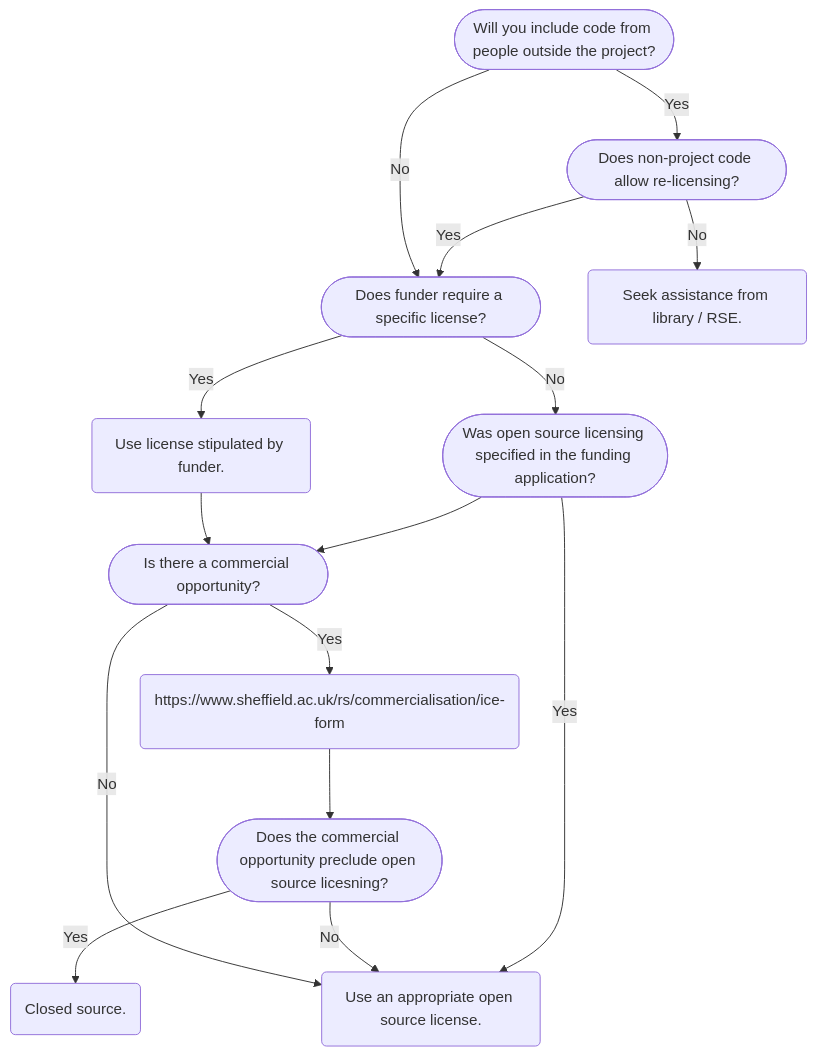
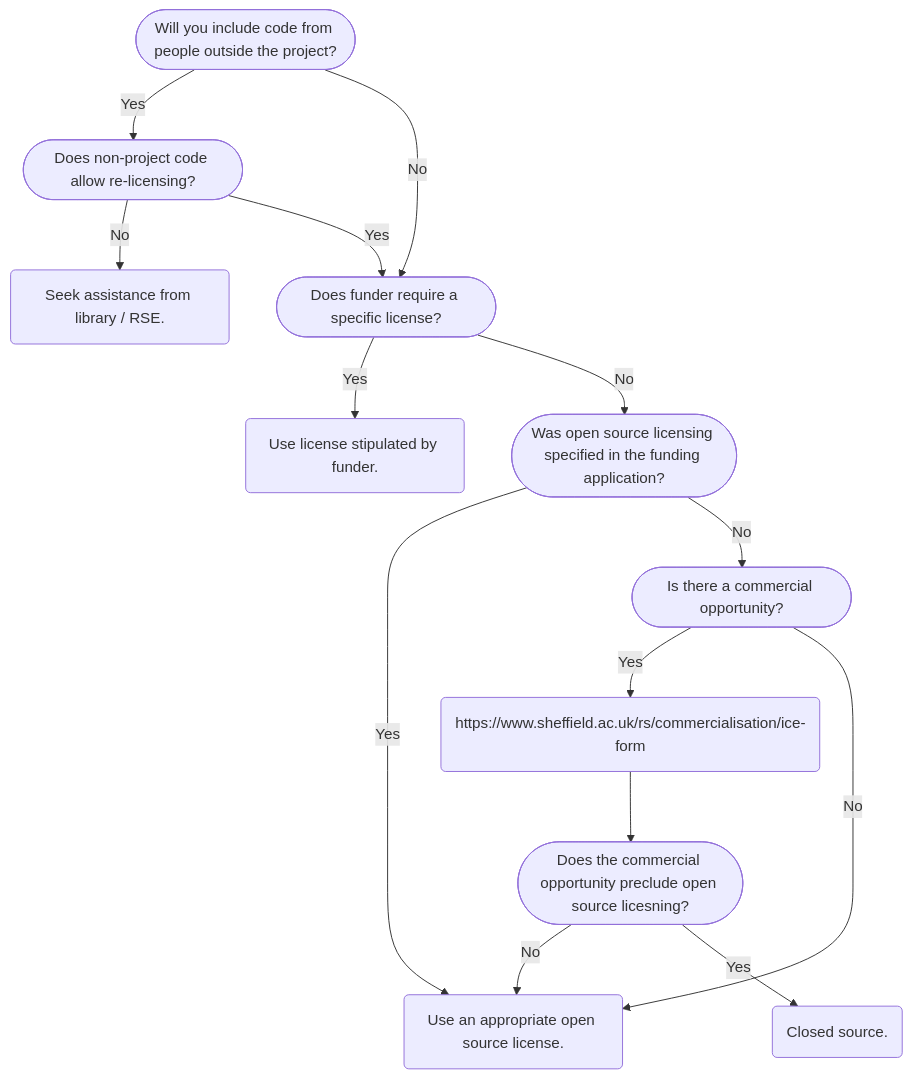
The diagram in flowchart.mmd (RSE-Sheffield/software_licensing), drawn with Mermaid before and after one commit. The commit also changed 1 other file, not shown here.

```diff
--- a/flowchart.mmd
+++ b/flowchart.mmd
@@ -1,31 +1,30 @@
 flowchart TD
     A([Will you include code from people outside the project?])
     B([Does non-project code allow re-licensing?])
     C([Does funder require a specific license?])    
     D([Was open source licensing specified in the funding application?])    
 
     E([Is there a commercial opportunity?])
     F(https://www.sheffield.ac.uk/rs/commercialisation/ice-form)
 
     G(Use an appropriate open source license.)
     H(Seek assistance from library / RSE.)
     I(Use license stipulated by funder.)
 
     J([Does the commercial opportunity preclude open source licesning?])
 
     K(Closed source.)
 
     A -->|Yes| B
     B -->|No| H
     B -->|Yes| C
     A -->|No| C
     C -->|Yes| I
     C -->|No| D
     D -->|Yes| G
-    D --> E
+    D -->|No| E
     E -->|Yes| F
     F --> J
     J -->|No| G
-    I --> E
     E -->|No| G
     J -->|Yes| K
```
